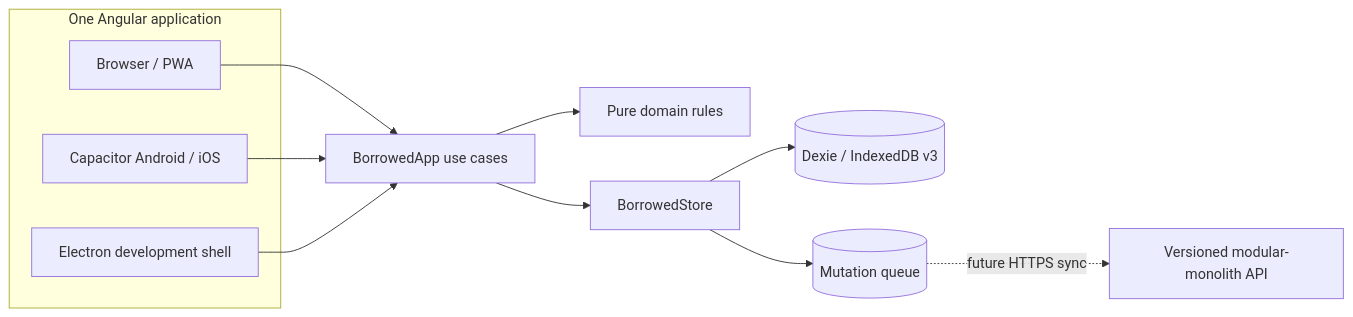
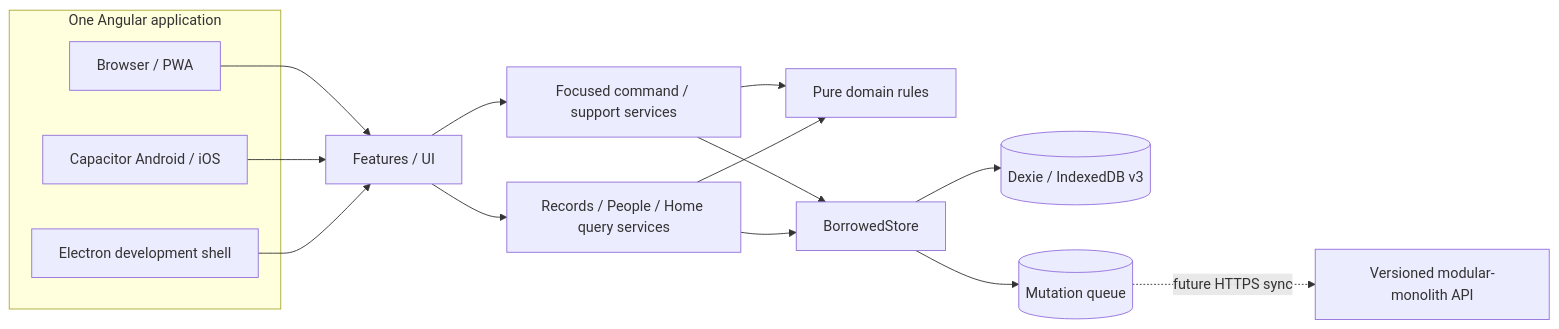
The diagram in docs/architecture.md (goleaf/groktest), drawn with Mermaid before and after one commit. The commit also changed other lines of this file and 39 other files, not shown here.

First line of the commit message:
feat(architecture): implement query service decomposition for BorrowedApp

````diff
--- a/docs/architecture.md
+++ b/docs/architecture.md
@@ -5,17 +5,21 @@
 ```mermaid
 flowchart LR
   subgraph clients[One Angular application]
     Web[Browser / PWA]
     Native[Capacitor Android / iOS]
     Desktop[Electron development shell]
   end
 
   Web --> App
   Native --> App
   Desktop --> App
-  App[BorrowedApp use cases] --> Domain[Pure domain rules]
-  App --> Store[BorrowedStore]
+  App[Features / UI] --> Services[Focused command / support services]
+  App --> Queries[Records / People / Home query services]
+  Services --> Domain[Pure domain rules]
+  Services --> Store[BorrowedStore]
+  Queries --> Domain
+  Queries --> Store
   Store --> IDB[(Dexie / IndexedDB v3)]
   Store --> Queue[(Mutation queue)]
   Queue -. future HTTPS sync .-> API[Versioned modular-monolith API]
 ```
````
